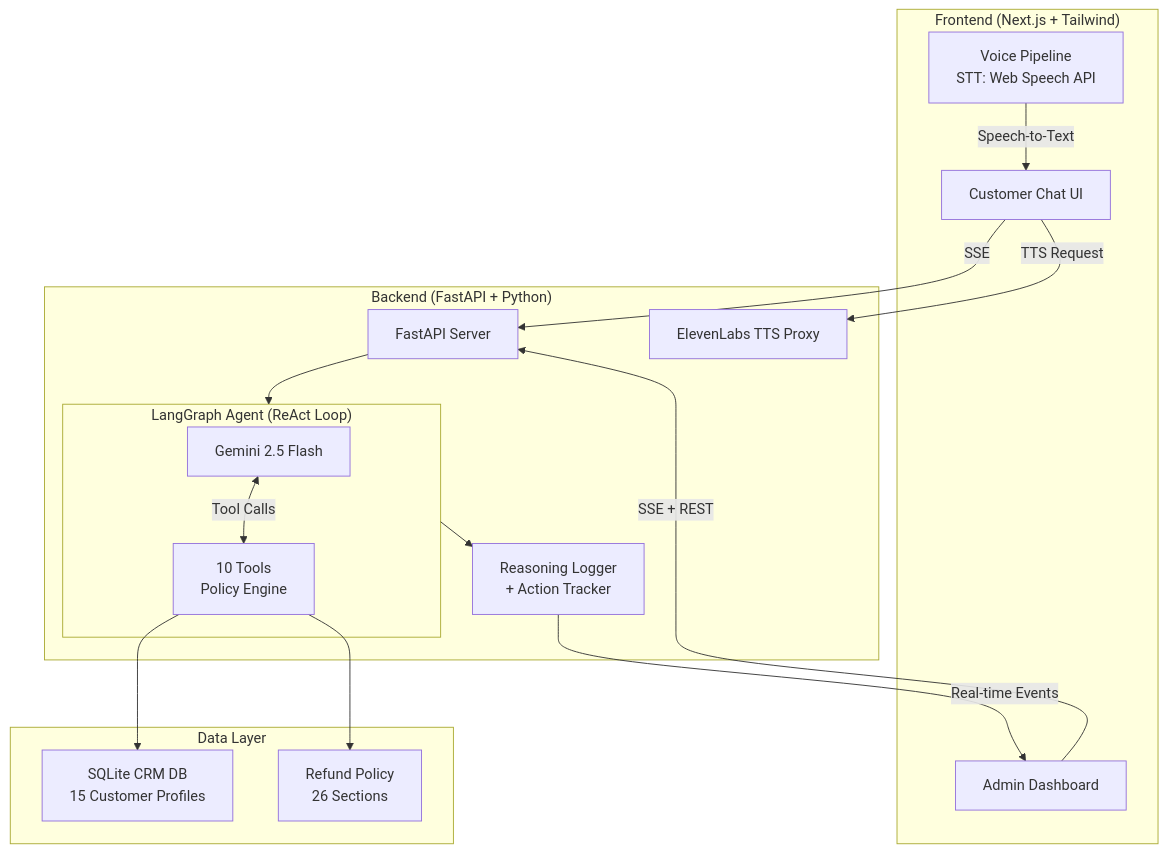
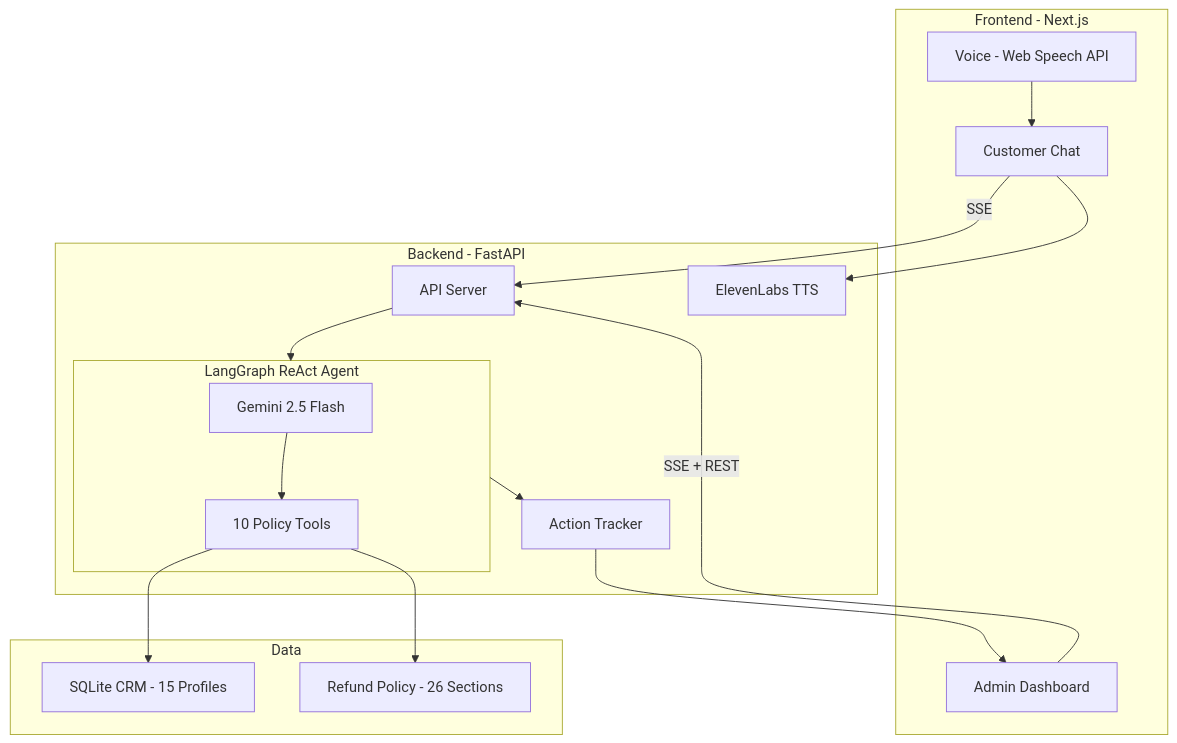
Before and after one commit to riju-01/AI-Customer-Support-Agent: the diagram in README.md, drawn with Mermaid.

Commit message:
Fix Mermaid diagram - remove HTML tags causing GitHub render failure

````diff
--- a/README.md
+++ b/README.md
@@ -9,35 +9,34 @@
 ```mermaid
 graph TB
-    subgraph Frontend["Frontend (Next.js + Tailwind)"]
-        Chat["Customer Chat UI"]
+    subgraph Frontend["Frontend - Next.js"]
+        Chat["Customer Chat"]
         Admin["Admin Dashboard"]
-        Voice["Voice Pipeline<br/>STT: Web Speech API"]
+        VoiceUI["Voice - Web Speech API"]
     end
 
-    subgraph Backend["Backend (FastAPI + Python)"]
-        API["FastAPI Server"]
-        subgraph Agent["LangGraph Agent (ReAct Loop)"]
+    subgraph Backend["Backend - FastAPI"]
+        API["API Server"]
+        subgraph Agent["LangGraph ReAct Agent"]
             LLM["Gemini 2.5 Flash"]
-            Tools["10 Tools<br/>Policy Engine"]
+            Tools["10 Policy Tools"]
         end
-        Logger["Reasoning Logger<br/>+ Action Tracker"]
-        TTS["ElevenLabs TTS Proxy"]
+        Logger["Action Tracker"]
+        TTS["ElevenLabs TTS"]
     end
 
-    subgraph Data["Data Layer"]
-        DB["SQLite CRM DB<br/>15 Customer Profiles"]
-        Policy["Refund Policy<br/>26 Sections"]
+    subgraph DataLayer["Data"]
+        DB["SQLite CRM - 15 Profiles"]
+        Policy["Refund Policy - 26 Sections"]
     end
 
-    Chat -->|"SSE"| API
-    Admin -->|"SSE + REST"| API
-    Voice -->|"Speech-to-Text"| Chat
-    Chat -->|"TTS Request"| TTS
-
+    Chat -->|SSE| API
+    Admin -->|SSE + REST| API
+    VoiceUI --> Chat
+    Chat --> TTS
     API --> Agent
-    LLM <-->|"Tool Calls"| Tools
+    LLM --> Tools
     Tools --> DB
     Tools --> Policy
     Agent --> Logger
-    Logger -->|"Real-time Events"| Admin
+    Logger --> Admin
 ```
````
